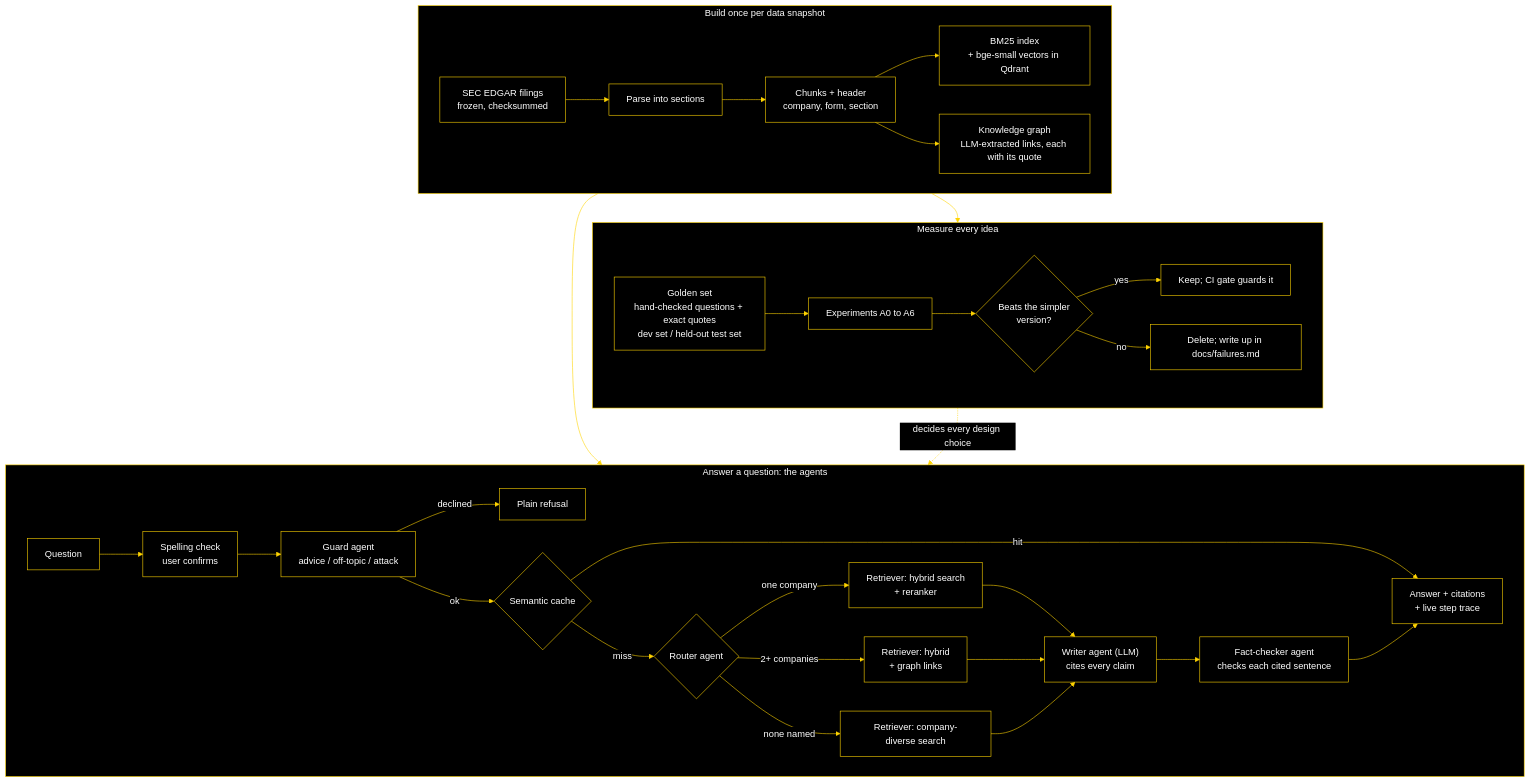
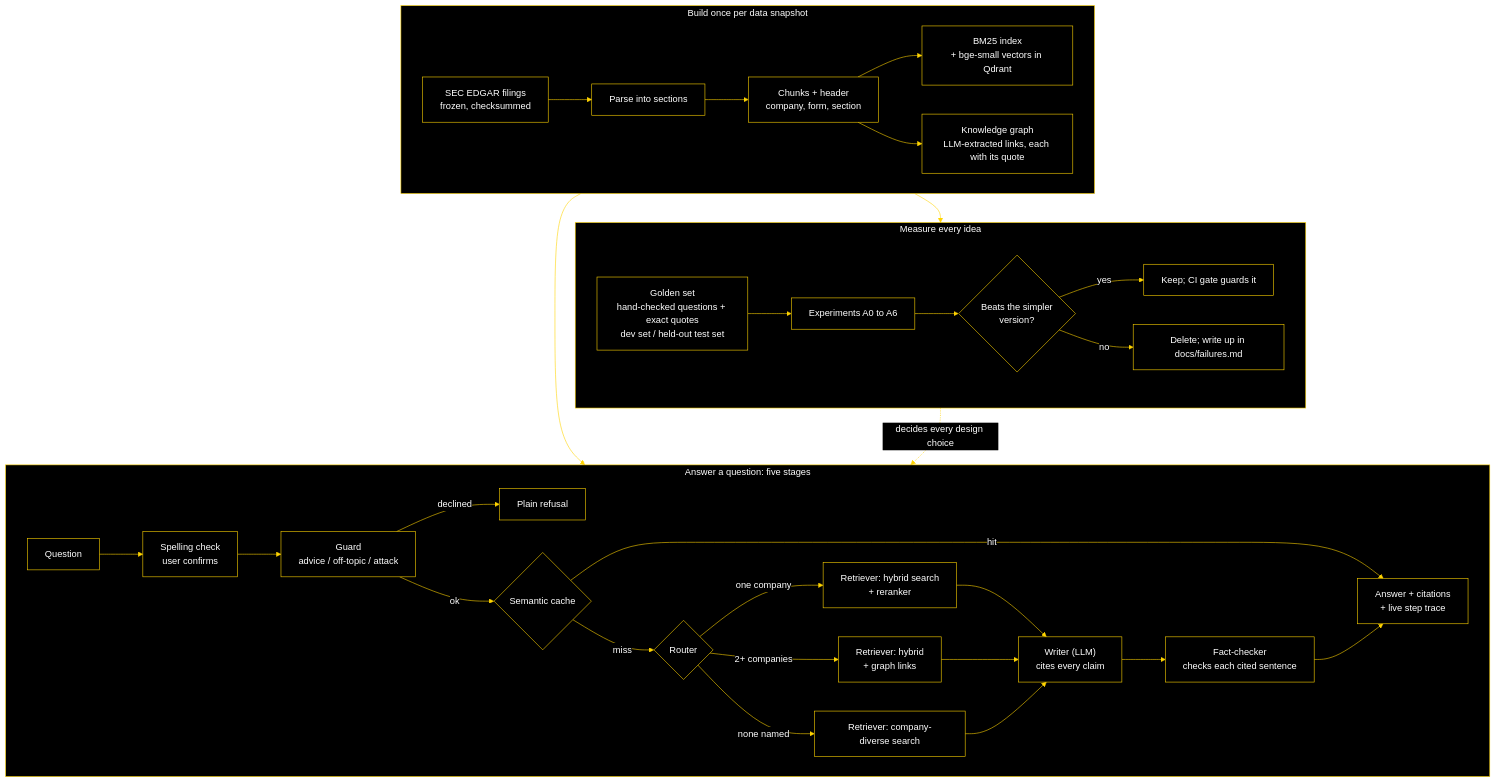
One commit to ATHARVA-87/kHop changed the diagram in README.md. Above: the diagram before and after it, drawn with Mermaid. The commit also changed other lines of this file, not shown here.

````diff
--- a/README.md
+++ b/README.md
@@ -22,36 +22,36 @@
 ```mermaid
 %%{init: {"theme": "base", "themeVariables": {"primaryColor": "#000000", "mainBkg": "#000000", "primaryTextColor": "#FFFFFF", "nodeTextColor": "#FFFFFF", "textColor": "#FFFFFF", "primaryBorderColor": "#FFD400", "nodeBorder": "#FFD400", "secondaryColor": "#000000", "tertiaryColor": "#000000", "lineColor": "#FFD400", "clusterBkg": "#000000", "clusterBorder": "#FFD400", "titleColor": "#FFFFFF", "edgeLabelBackground": "#000000", "actorBkg": "#000000", "actorBorder": "#FFD400", "actorTextColor": "#FFFFFF", "actorLineColor": "#FFD400", "signalColor": "#FFD400", "signalTextColor": "#FFFFFF", "noteBkgColor": "#000000", "noteTextColor": "#FFFFFF", "noteBorderColor": "#FFD400", "labelBoxBkgColor": "#000000", "labelBoxBorderColor": "#FFD400", "labelTextColor": "#FFFFFF", "loopTextColor": "#FFFFFF"}}}%%
 flowchart TB
     subgraph BUILD["Build once per data snapshot"]
         direction LR
         E["SEC EDGAR filings<br/>frozen, checksummed"] --> P["Parse into sections"]
         P --> CH["Chunks + header<br/>company, form, section"]
         CH --> IX["BM25 index<br/>+ bge-small vectors in Qdrant"]
         CH --> KG["Knowledge graph<br/>LLM-extracted links, each with its quote"]
     end
     subgraph EVAL["Measure every idea"]
         direction LR
         GS["Golden set<br/>hand-checked questions + exact quotes<br/>dev set / held-out test set"] --> EX["Experiments A0 to A6"]
         EX --> K{"Beats the simpler<br/>version?"}
         K -- "yes" --> KEEP["Keep; CI gate guards it"]
         K -- "no" --> DROP["Delete; write up in docs/failures.md"]
     end
-    subgraph ASK["Answer a question: the agents"]
+    subgraph ASK["Answer a question: five stages"]
         direction LR
         Q["Question"] --> S["Spelling check<br/>user confirms"]
-        S --> G["Guard agent<br/>advice / off-topic / attack"]
+        S --> G["Guard<br/>advice / off-topic / attack"]
         G -- "declined" --> REF["Plain refusal"]
         G -- "ok" --> C{"Semantic cache"}
         C -- "hit" --> A["Answer + citations<br/>+ live step trace"]
-        C -- "miss" --> R{"Router agent"}
+        C -- "miss" --> R{"Router"}
         R -- "one company" --> L["Retriever: hybrid search<br/>+ reranker"]
         R -- "2+ companies" --> M["Retriever: hybrid<br/>+ graph links"]
         R -- "none named" --> W["Retriever: company-diverse search"]
-        L & M & W --> Wr["Writer agent (LLM)<br/>cites every claim"]
-        Wr --> V["Fact-checker agent<br/>checks each cited sentence"]
+        L & M & W --> Wr["Writer (LLM)<br/>cites every claim"]
+        Wr --> V["Fact-checker<br/>checks each cited sentence"]
         V --> A
     end
     BUILD --> ASK
     BUILD --> EVAL
     EVAL -.->|"decides every design choice"| ASK
 ```
````
